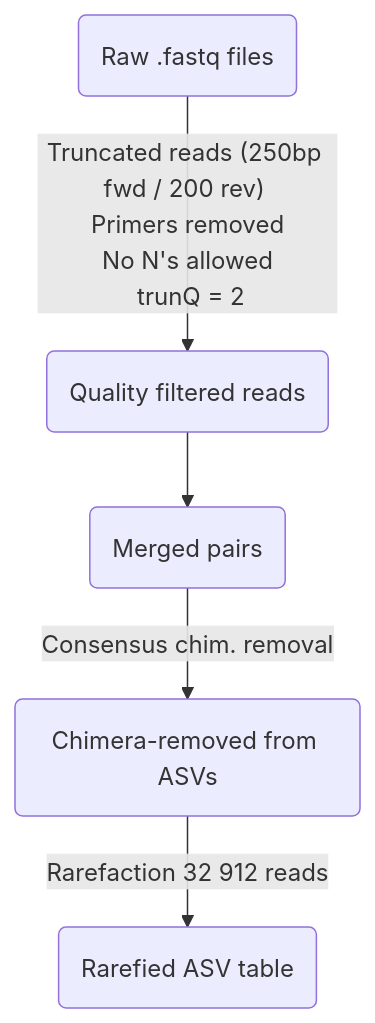
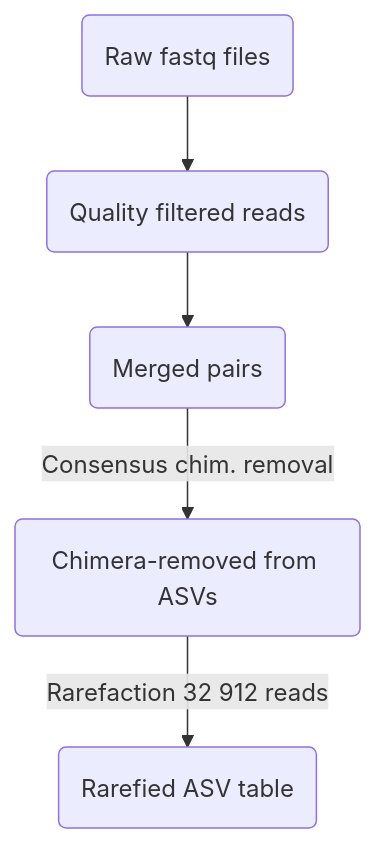
Before and after one commit to plchagnon/Lonicera---Coralie: the first of 2 diagrams in README.md, drawn with Mermaid.

````diff
--- a/README.md
+++ b/README.md
@@ -69,7 +69,7 @@
 ```mermaid
 flowchart TD
-raw(Raw .fastq files) -- Truncated reads (250bp fwd / 200 rev) <br> Primers removed <br> No N's allowed <br> trunQ = 2 --> q(Quality filtered reads)
+raw(Raw fastq files) --> q(Quality filtered reads)
 q-->m(Merged pairs)
 m-- Consensus chim. removal -->chim(Chimera-removed from ASVs)
 chim-- Rarefaction 32 912 reads-->rar(Rarefied ASV table) 
 ```
````
